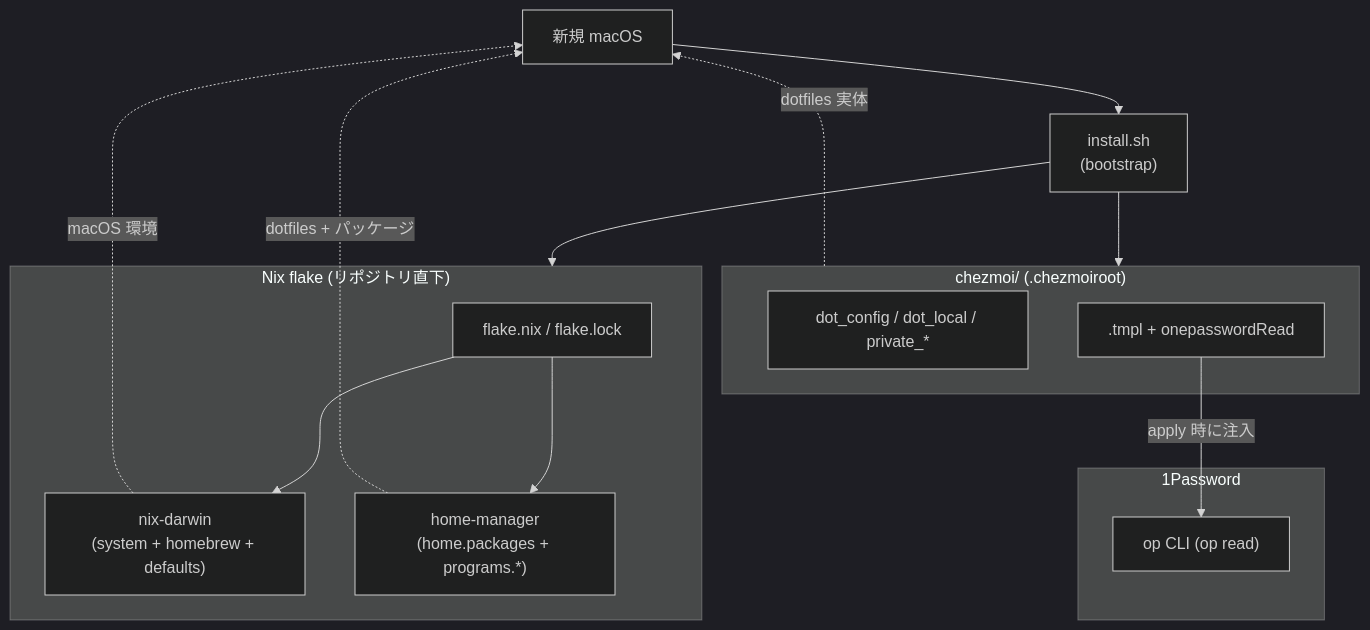
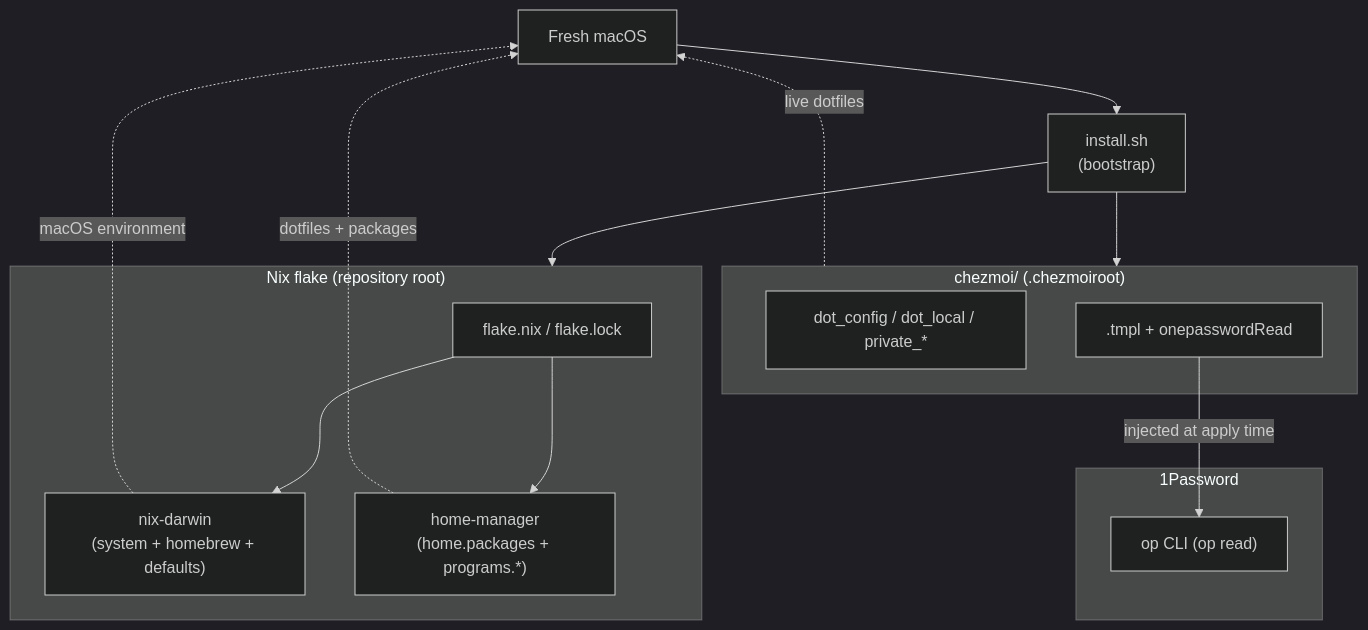
The first of 2 diagrams in docs/glossary.md (akira-toriyama/dotfiles), drawn with Mermaid (dark theme) before and after one commit. The commit also changed other lines of this file and 3 other files, not shown here.

````diff
--- a/docs/glossary.md
+++ b/docs/glossary.md
@@ -42,26 +40,26 @@
 ```mermaid
 flowchart TB
-  USER["新規 macOS"]
+  USER["Fresh macOS"]
   INSTALL["install.sh<br/>(bootstrap)"]
-  subgraph NIX["Nix flake (リポジトリ直下)"]
+  subgraph NIX["Nix flake (repository root)"]
     FLAKE["flake.nix / flake.lock"]
     DARWIN["nix-darwin<br/>(system + homebrew + defaults)"]
     HM["home-manager<br/>(home.packages + programs.*)"]
   end
   subgraph CHEZMOI["chezmoi/ (.chezmoiroot)"]
     DOTS["dot_config / dot_local / private_*"]
     TMPL[".tmpl + onepasswordRead"]
   end
   subgraph SECRETS["1Password"]
     OP["op CLI (op read)"]
   end
   USER --> INSTALL
   INSTALL --> NIX
   INSTALL --> CHEZMOI
   FLAKE --> DARWIN
   FLAKE --> HM
-  TMPL -->|"apply 時に注入"| OP
-  DARWIN -.macOS 環境.-> USER
-  HM -.dotfiles + パッケージ.-> USER
-  CHEZMOI -.dotfiles 実体.-> USER
+  TMPL -->|"injected at apply time"| OP
+  DARWIN -.macOS environment.-> USER
+  HM -.dotfiles + packages.-> USER
+  CHEZMOI -.live dotfiles.-> USER
 ```
````
